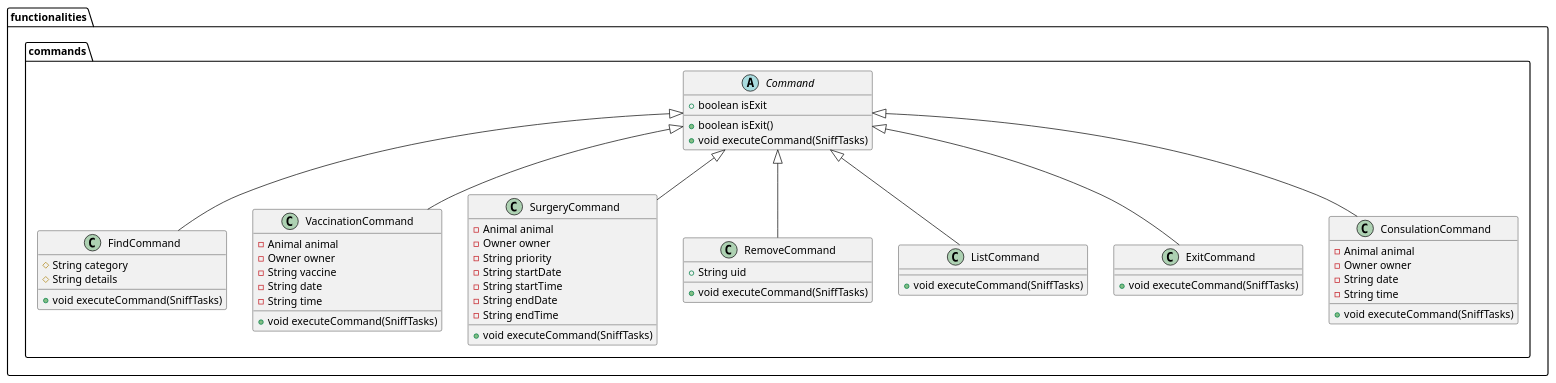
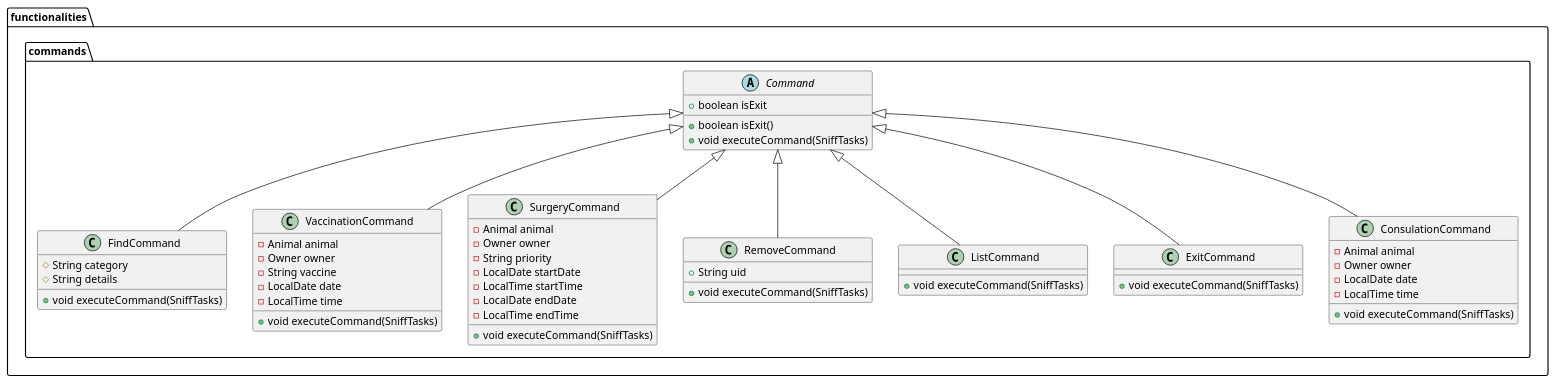
One commit to nus-cs2113-AY2223S2/tp changed the diagram in CommandUML.puml. Above: the diagram before and after it, drawn with PlantUML. The commit also changed 2 other files, not shown here.

```diff
--- a/CommandUML.puml
+++ b/CommandUML.puml
@@ -1,56 +1,56 @@
 @startuml
 class functionalities.commands.FindCommand {
 # String category
 # String details
 + void executeCommand(SniffTasks)
 }
 class functionalities.commands.VaccinationCommand {
 - Animal animal
 - Owner owner
 - String vaccine
-- String date
-- String time
+- LocalDate date
+- LocalTime time
 + void executeCommand(SniffTasks)
 }
 abstract class functionalities.commands.Command {
 + boolean isExit
 + boolean isExit()
 + void executeCommand(SniffTasks)
 }
 class functionalities.commands.SurgeryCommand {
 - Animal animal
 - Owner owner
 - String priority
-- String startDate
-- String startTime
-- String endDate
-- String endTime
+- LocalDate startDate
+- LocalTime startTime
+- LocalDate endDate
+- LocalTime endTime
 + void executeCommand(SniffTasks)
 }
 class functionalities.commands.RemoveCommand {
 + String uid
 + void executeCommand(SniffTasks)
 }
 class functionalities.commands.ListCommand {
 + void executeCommand(SniffTasks)
 }
 class functionalities.commands.ExitCommand {
 + void executeCommand(SniffTasks)
 }
 class functionalities.commands.ConsulationCommand {
 - Animal animal
 - Owner owner
-- String date
-- String time
+- LocalDate date
+- LocalTime time
 + void executeCommand(SniffTasks)
 }
 
 
 functionalities.commands.Command <|-- functionalities.commands.FindCommand
 functionalities.commands.Command <|-- functionalities.commands.VaccinationCommand
 functionalities.commands.Command <|-- functionalities.commands.SurgeryCommand
 functionalities.commands.Command <|-- functionalities.commands.RemoveCommand
 functionalities.commands.Command <|-- functionalities.commands.ListCommand
 functionalities.commands.Command <|-- functionalities.commands.ExitCommand
 functionalities.commands.Command <|-- functionalities.commands.ConsulationCommand
 @enduml
```
